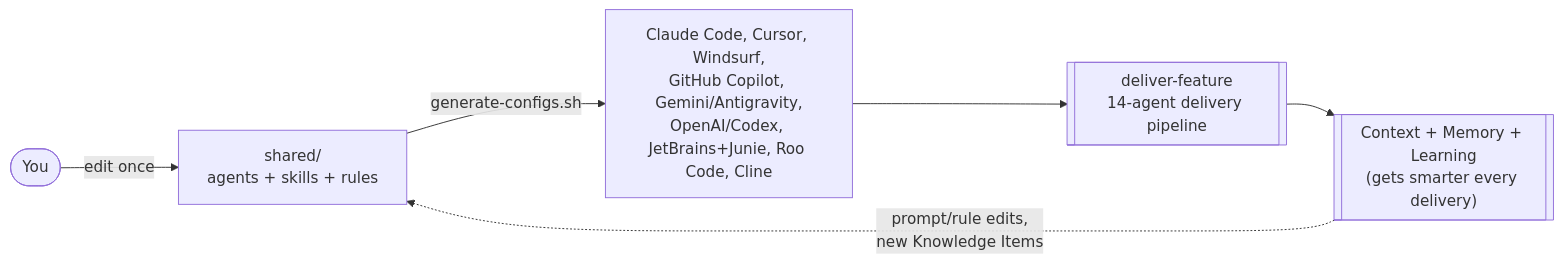
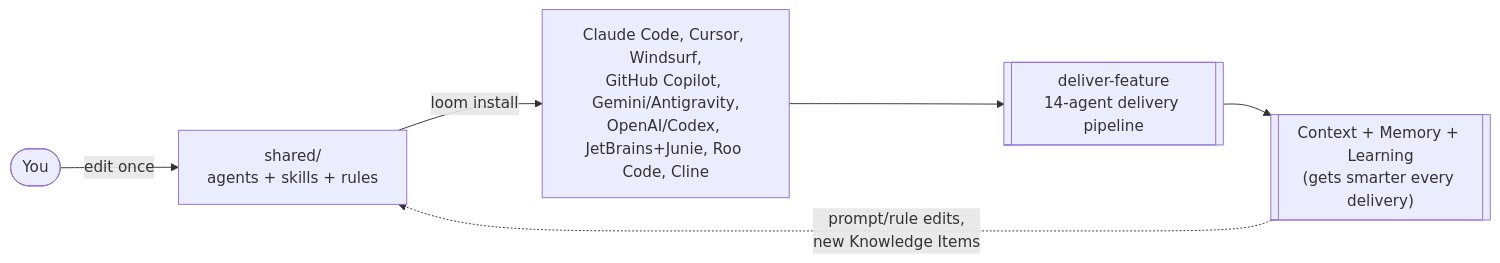
The first of 2 diagrams in README.md (orieken/ai-assistant-dot-files), drawn with Mermaid before and after one commit. The commit also changed other lines of this file and 1 other file, not shown here.

First line of the commit message:
docs(loom): promote loom CLI as primary install path in README

````diff
--- a/README.md
+++ b/README.md
@@ -25,10 +30,10 @@
 ```mermaid
 flowchart LR
     You(["You"]) -- "edit once" --> Shared["shared/\nagents + skills + rules"]
 
-    Shared -- generate-configs.sh --> Tools["Claude Code, Cursor, Windsurf,\nGitHub Copilot, Gemini/Antigravity,\nOpenAI/Codex, JetBrains+Junie, Roo Code, Cline"]
+    Shared -- "loom install" --> Tools["Claude Code, Cursor, Windsurf,\nGitHub Copilot, Gemini/Antigravity,\nOpenAI/Codex, JetBrains+Junie, Roo Code, Cline"]
 
     Tools --> Pipeline[["deliver-feature\n14-agent delivery pipeline"]]
     Pipeline --> CML[["Context + Memory + Learning\n(gets smarter every delivery)"]]
     CML -. "prompt/rule edits,\nnew Knowledge Items" .-> Shared
 ```
````
